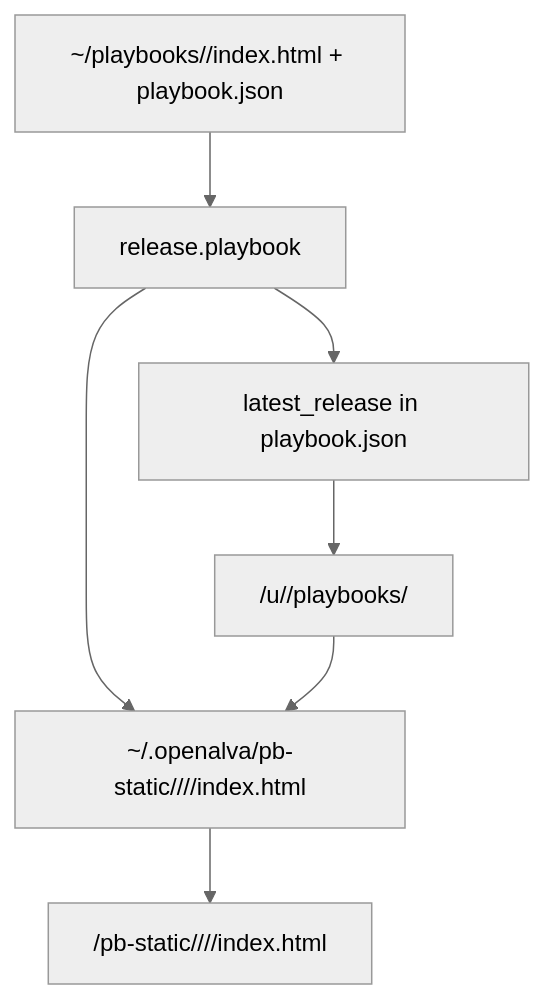
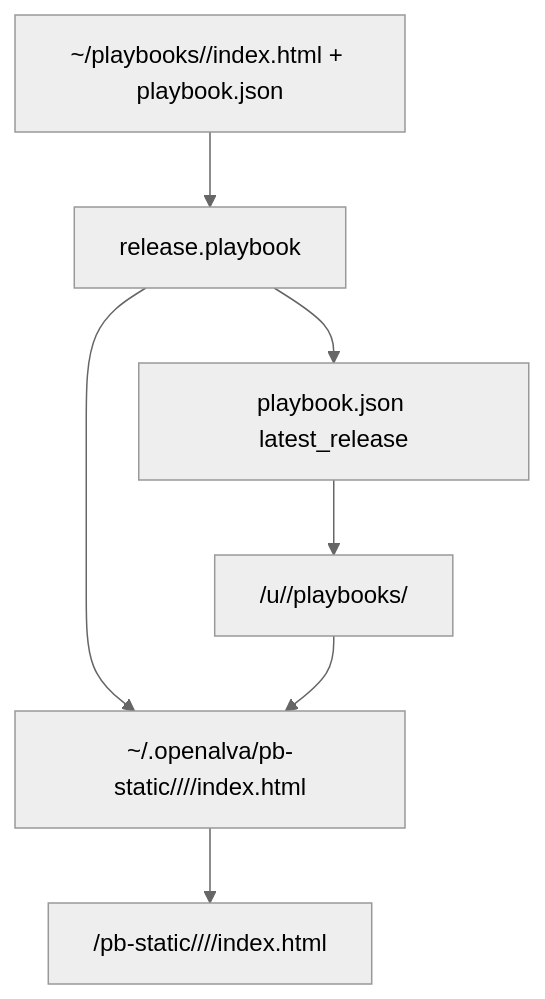
Before and after one commit to george351419-sys/OpenAlva: the fifth of 5 diagrams in README.md, drawn with Mermaid (neutral theme). The commit also changed other lines of this file and 1 other file, not shown here.

````diff
--- a/README.md
+++ b/README.md
@@ -178,9 +179,9 @@
 ```mermaid
 flowchart TD
   Draft["~/playbooks/<name>/index.html + playbook.json"] --> Publish["release.playbook"]
   Publish --> Snapshot["~/.openalva/pb-static/<user>/<name>/<version>/index.html"]
-  Publish --> Metadata["latest_release in playbook.json"]
+  Publish --> Metadata["playbook.json latest_release"]
   Snapshot --> StaticURL["/pb-static/<user>/<name>/<version>/index.html"]
   Metadata --> LiveURL["/u/<user>/playbooks/<name>"]
   LiveURL --> Snapshot
 ```
````
